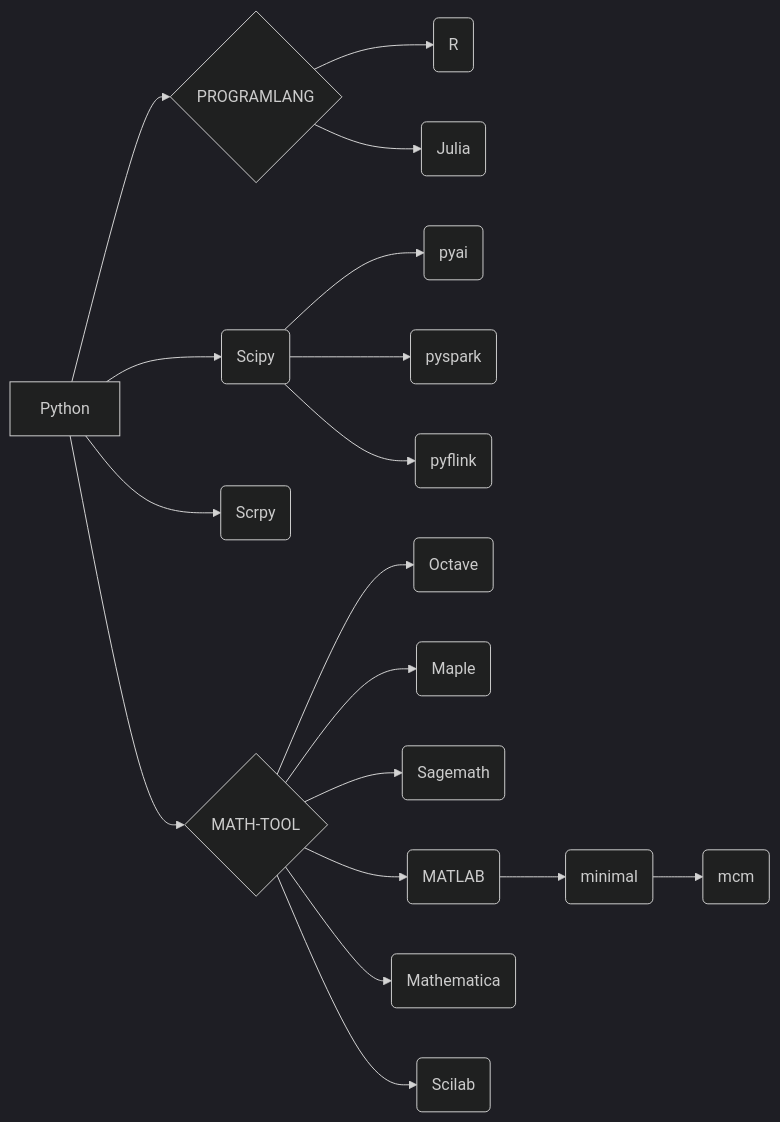
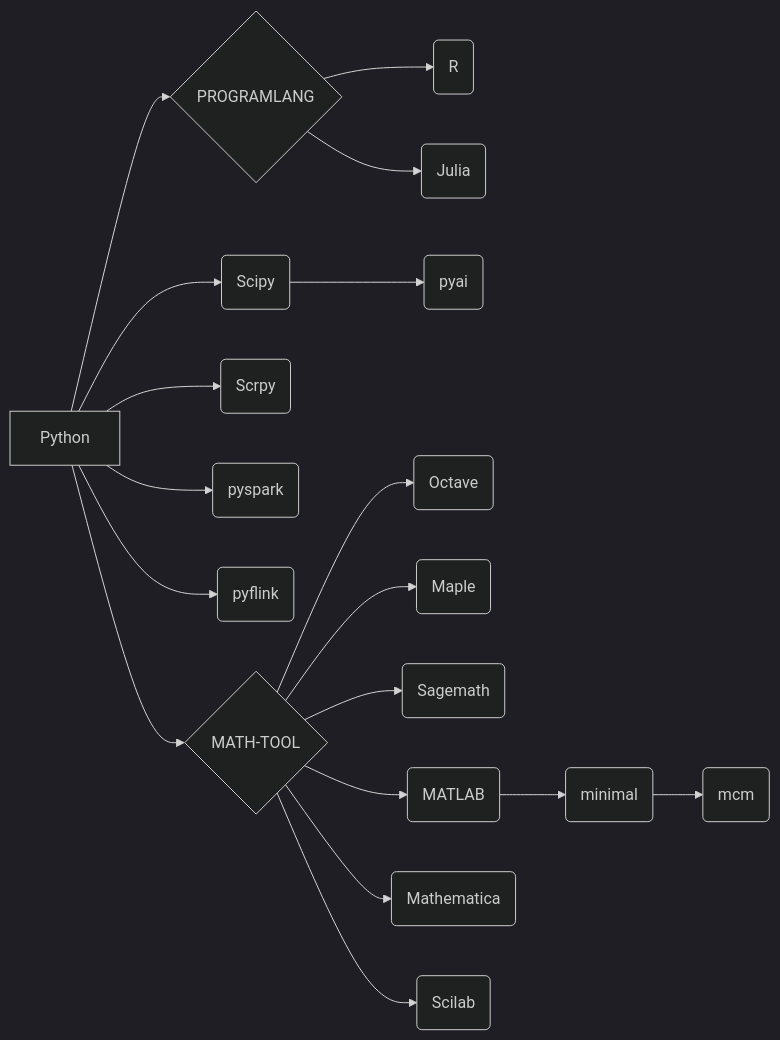
The diagram in README.md (ben0i0d/jupyter), drawn with Mermaid (dark theme) before and after one commit. The commit also changed other lines of this file and 3 other files, not shown here.

````diff
--- a/README.md
+++ b/README.md
@@ -78,17 +78,16 @@
 ```mermaid
 graph LR
 Python-->PROGRAM{PROGRAMLANG}
 PROGRAM-->PB(R)
 PROGRAM-->PC(Julia)
-Python-->PRA(Scipy)
+Python-->PRA(Scipy)-->PRAA(pyai)
 Python-->PRB(Scrpy)
-PRA-->PRAA(pyai)
-PRA-->PRAB(pyspark)
-PRA-->PRAC(pyflink)
+Python-->PRC(pyspark)
+Python-->PRD(pyflink)
 Python-->MATH{MATH-TOOL}-->MA(Octave)
 MATH-->MB(Maple)
 MATH-->MC(Sagemath)
 MATH-->MD(MATLAB)-->MDA(minimal)-->MDAA(mcm)
 MATH-->ME(Mathematica)
 MATH-->MF(Scilab)
 ```
````
